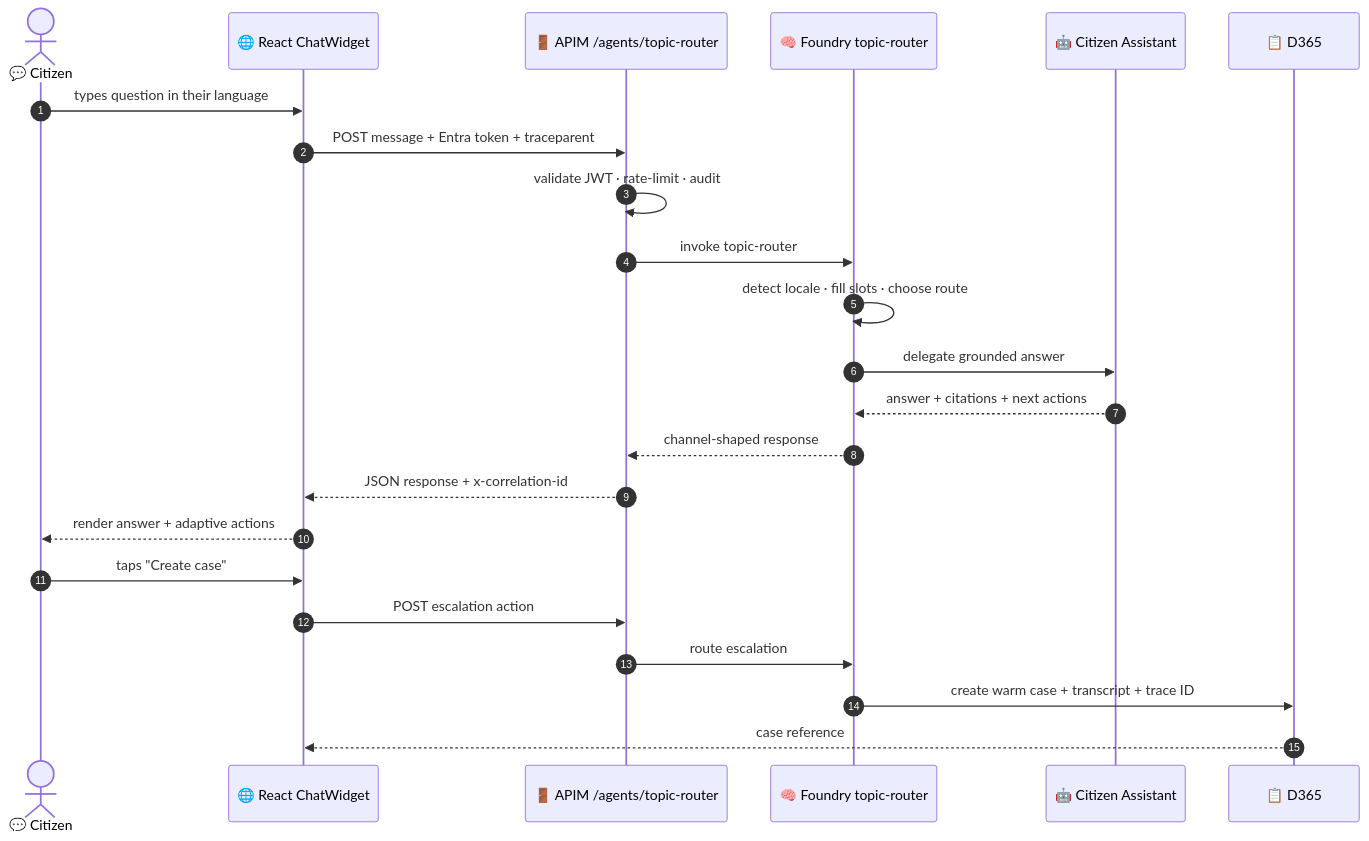
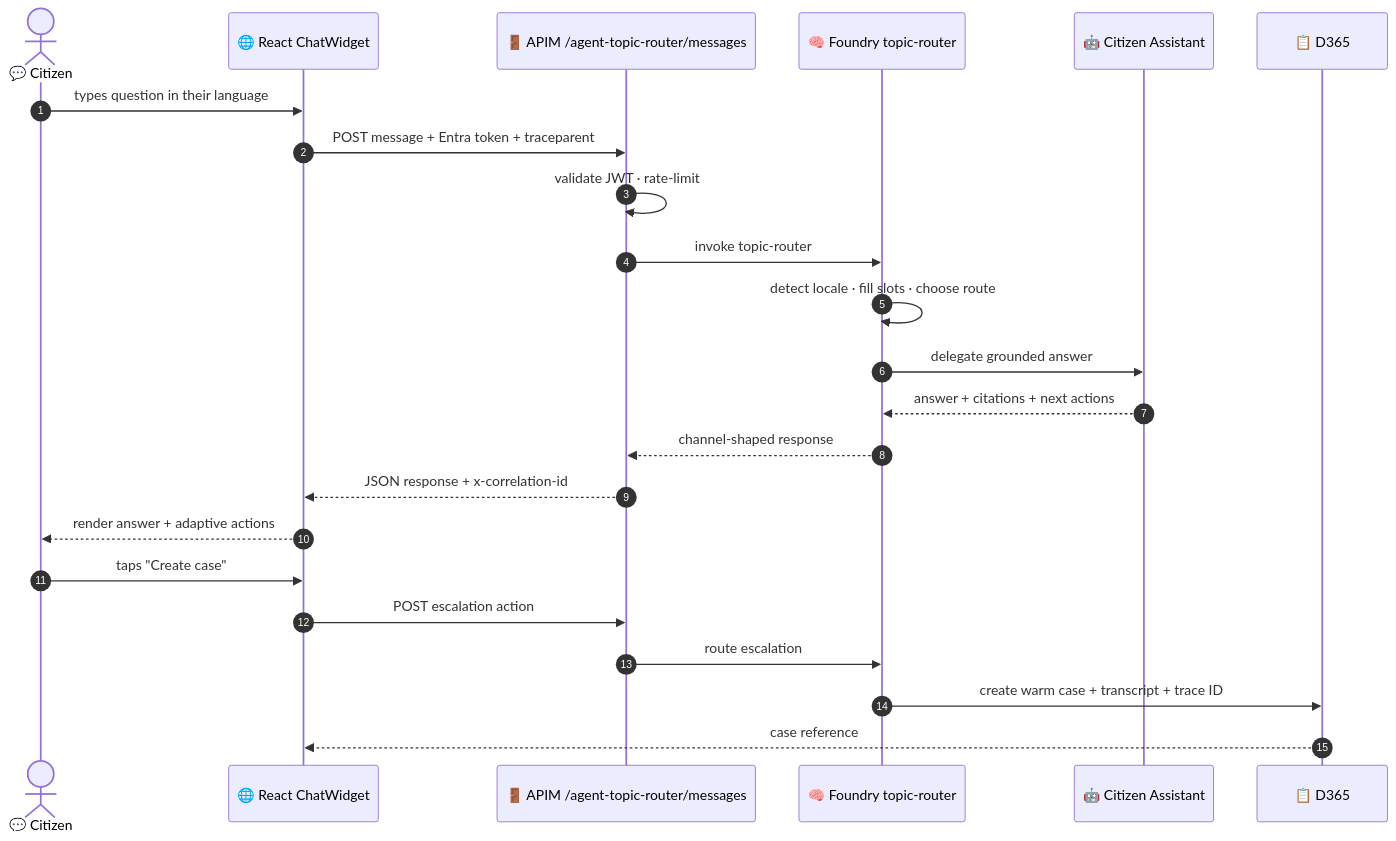
Before and after one commit to fredgis/UDCSP: the second of 4 diagrams in docs/biz/chat.md, drawn with Mermaid. The commit also changed other lines of this file and 105 other files, not shown here.

````diff
--- a/docs/biz/chat.md
+++ b/docs/biz/chat.md
@@ -120,25 +120,25 @@
 ```mermaid
 sequenceDiagram
     autonumber
     actor C as 💬 Citizen
     participant SPA as 🌐 React ChatWidget
-    participant APIM as 🚪 APIM /agents/topic-router
+    participant APIM as 🚪 APIM /agent-topic-router/messages
     participant R as 🧠 Foundry topic-router
     participant A as 🤖 Citizen Assistant
     participant D as 📋 D365
     C->>SPA: types question in their language
     SPA->>APIM: POST message + Entra token + traceparent
-    APIM->>APIM: validate JWT · rate-limit · audit
+    APIM->>APIM: validate JWT · rate-limit
     APIM->>R: invoke topic-router
     R->>R: detect locale · fill slots · choose route
     R->>A: delegate grounded answer
     A-->>R: answer + citations + next actions
     R-->>APIM: channel-shaped response
     APIM-->>SPA: JSON response + x-correlation-id
     SPA-->>C: render answer + adaptive actions
     C->>SPA: taps "Create case"
     SPA->>APIM: POST escalation action
     APIM->>R: route escalation
     R->>D: create warm case + transcript + trace ID
     D-->>SPA: case reference
 ```
````
